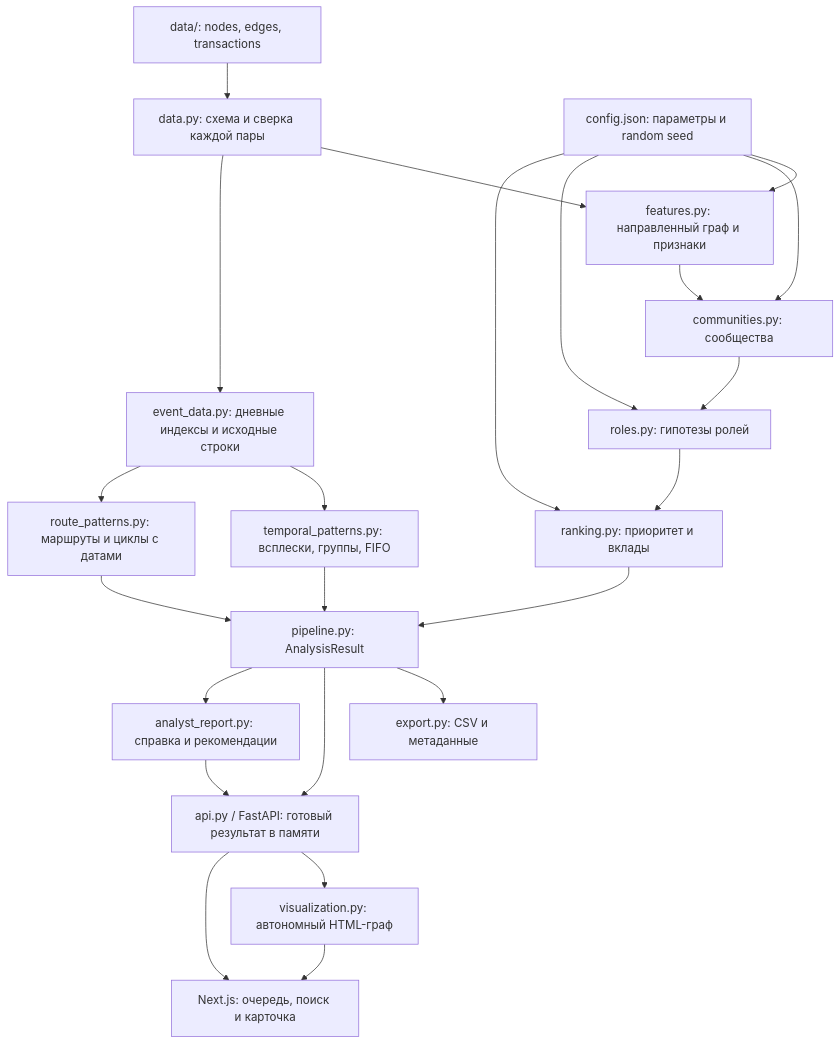
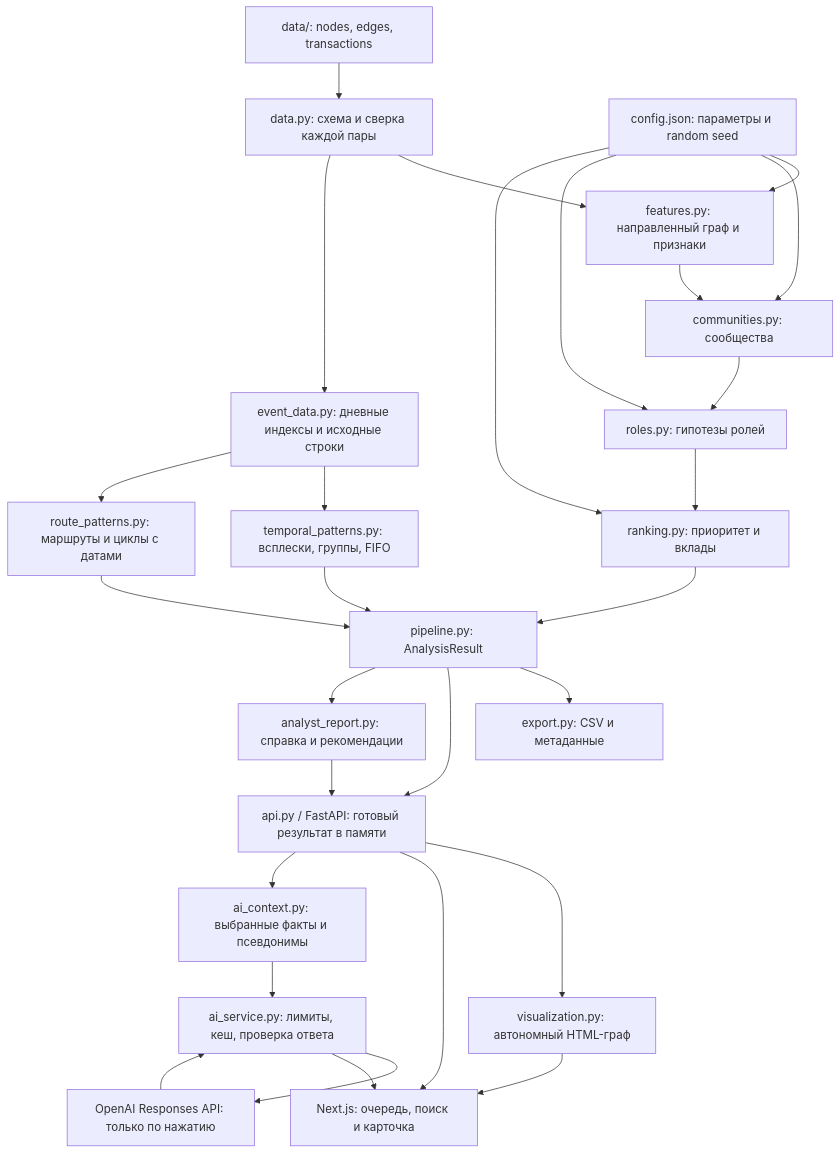
Before and after one commit to BAITC-Hacks/hack-912ce0e6-aitushka: the diagram in docs/architecture.md, drawn with Mermaid. The commit also changed other lines of this file and 12 other files, not shown here.

````diff
--- a/docs/architecture.md
+++ b/docs/architecture.md
@@ -5,25 +5,30 @@
 ```mermaid
 flowchart TD
     D["data/: nodes, edges, transactions"] --> V["data.py: схема и сверка каждой пары"]
     V --> G["features.py: направленный граф и признаки"]
     G --> C["communities.py: сообщества"]
     C --> R["roles.py: гипотезы ролей"]
     R --> P["ranking.py: приоритет и вклады"]
     P --> A["pipeline.py: AnalysisResult"]
     V --> I["event_data.py: дневные индексы и исходные строки"]
     I --> T["temporal_patterns.py: всплески, группы, FIFO"]
     I --> Q["route_patterns.py: маршруты и циклы с датами"]
     T --> A
     Q --> A
     A --> E["export.py: CSV и метаданные"]
     A --> API["api.py / FastAPI: готовый результат в памяти"]
     API --> N["visualization.py: автономный HTML-граф"]
     API --> U["Next.js: очередь, поиск и карточка"]
     A --> B["analyst_report.py: справка и рекомендации"]
     B --> API
+    API --> AC["ai_context.py: выбранные факты и псевдонимы"]
+    AC --> AI["ai_service.py: лимиты, кеш, проверка ответа"]
+    AI --> O["OpenAI Responses API: только по нажатию"]
+    O --> AI
+    AI --> U
     N --> U
     K["config.json: параметры и random seed"] --> G
     K --> C
     K --> R
     K --> P
 ```
````
